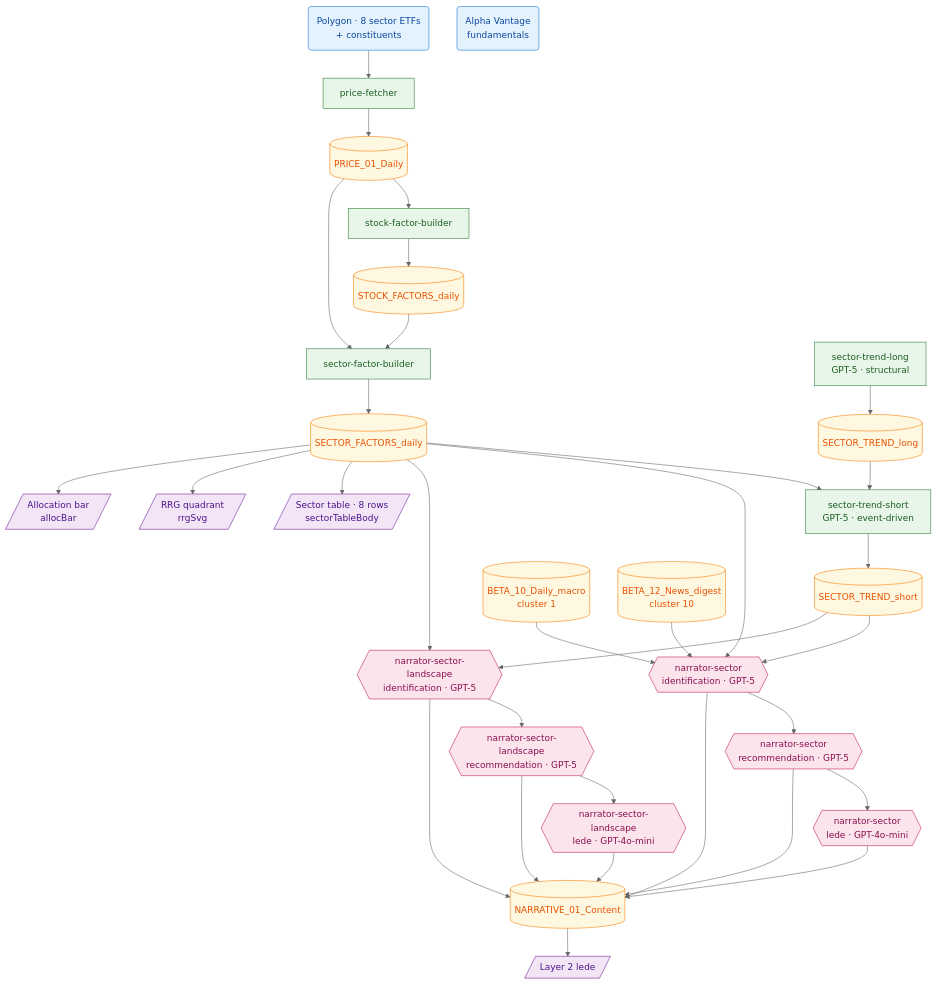
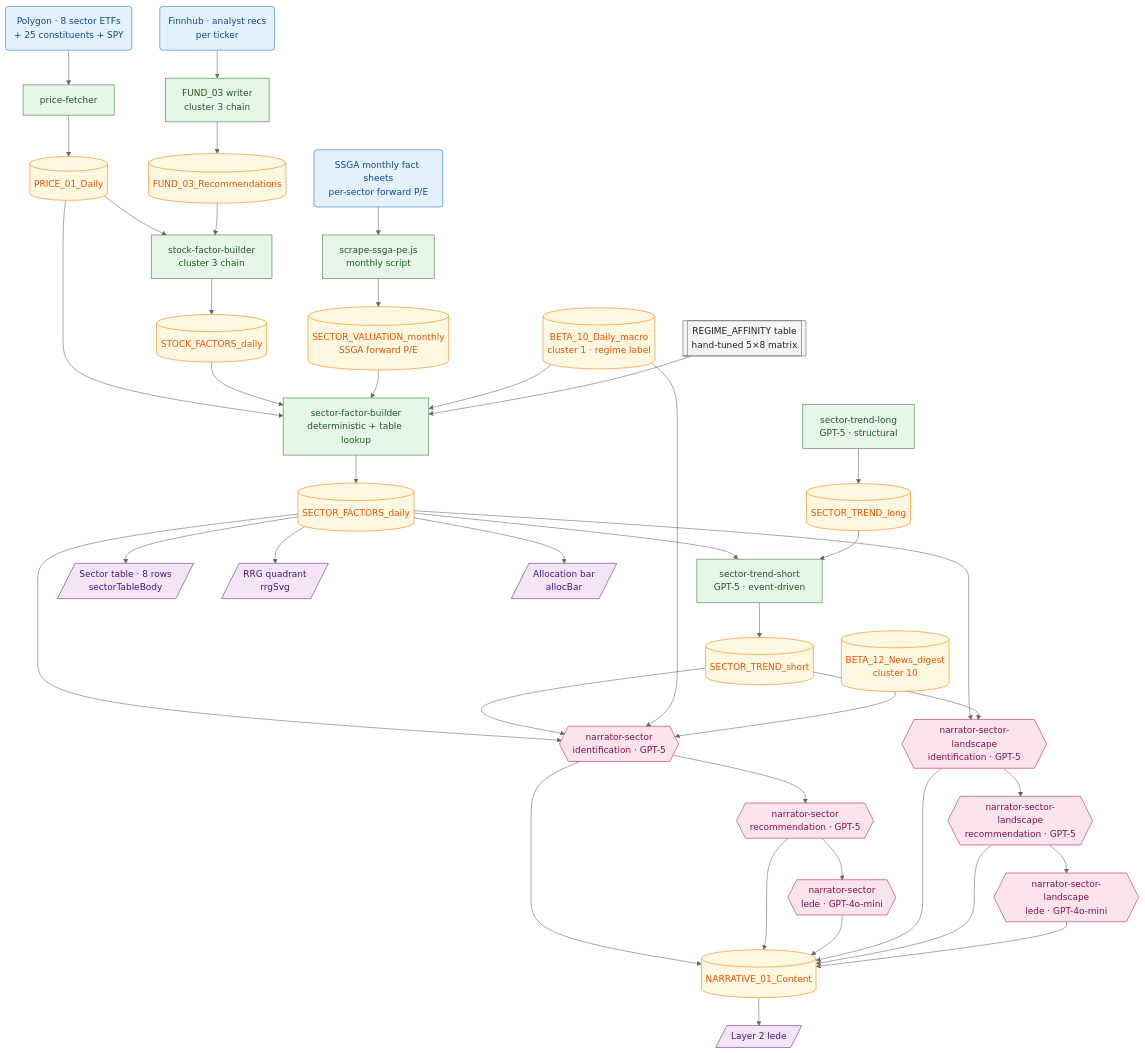
One commit to grodcas/Hedge-Portfolio changed the fifth of 14 diagrams in docs/SYSTEM_REFERENCE.md. Above: the diagram before and after it, drawn with Mermaid (neutral theme). The commit also changed other lines of this file and 2 other files, not shown here.

````diff
--- a/docs/SYSTEM_REFERENCE.md
+++ b/docs/SYSTEM_REFERENCE.md
@@ -348,22 +348,29 @@
 ```mermaid
 flowchart TD
-    R1(Polygon · 8 sector ETFs<br/>+ constituents):::src
-    R2(Alpha Vantage<br/>fundamentals):::src
+    R1(Polygon · 8 sector ETFs<br/>+ 25 constituents + SPY):::src
+    R2(Finnhub · analyst recs<br/>per ticker):::src
+    R3(SSGA monthly fact sheets<br/>per-sector forward P/E):::src
 
     C1[price-fetcher]:::code
-    C2[stock-factor-builder]:::code
-    C3[sector-factor-builder]:::code
-    C4[sector-trend-long<br/>GPT-5 · structural]:::code
-    C5[sector-trend-short<br/>GPT-5 · event-driven]:::code
+    C2[FUND_03 writer<br/>cluster 3 chain]:::code
+    C3[stock-factor-builder<br/>cluster 3 chain]:::code
+    C4[scrape-ssga-pe.js<br/>monthly script]:::code
+    C5[sector-factor-builder<br/>deterministic + table lookup]:::code
+    C6[sector-trend-long<br/>GPT-5 · structural]:::code
+    C7[sector-trend-short<br/>GPT-5 · event-driven]:::code
 
     T1[(PRICE_01_Daily)]:::db
-    T2[(STOCK_FACTORS_daily)]:::db
-    T3[(SECTOR_FACTORS_daily)]:::db
-    T4[(SECTOR_TREND_long)]:::db
-    T5[(SECTOR_TREND_short)]:::db
-    T6[(NARRATIVE_01_Content)]:::db
-    T7[(BETA_10_Daily_macro<br/>cluster 1)]:::db
-    T8[(BETA_12_News_digest<br/>cluster 10)]:::db
+    T2[(FUND_03_Recommendations)]:::db
+    T3[(STOCK_FACTORS_daily)]:::db
+    T4[(SECTOR_VALUATION_monthly<br/>SSGA forward P/E)]:::db
+    T5[(SECTOR_FACTORS_daily)]:::db
+    T6[(SECTOR_TREND_long)]:::db
+    T7[(SECTOR_TREND_short)]:::db
+    T8[(BETA_10_Daily_macro<br/>cluster 1 · regime label)]:::db
+    T9[(BETA_12_News_digest<br/>cluster 10)]:::db
+    T10[(NARRATIVE_01_Content)]:::db
+
+    K1[[REGIME_AFFINITY table<br/>hand-tuned 5×8 matrix]]:::agentDet
 
     A1{{narrator-sector<br/>identification · GPT-5}}:::agentLLM
     A2{{narrator-sector<br/>recommendation · GPT-5}}:::agentLLM
@@ -378,33 +385,42 @@
     D4[/Layer 2 lede/]:::ui
 
     R1 --> C1 --> T1
-    T1 --> C2 --> T2
-    T1 --> C3
+    R2 --> C2 --> T2
+    R3 --> C4 --> T4
+
+    T1 --> C3 --> T3
     T2 --> C3
-    C3 --> T3
+
+    T1 --> C5
     T3 --> C5
-    C4 --> T4
     T4 --> C5
+    T8 --> C5
+    K1 --> C5
     C5 --> T5
 
-    T3 --> A1 --> A2 --> A3
-    T5 --> A1
+    T5 --> C7
+    C6 --> T6
+    T6 --> C7
+    C7 --> T7
+
+    T5 --> A1 --> A2 --> A3
     T7 --> A1
     T8 --> A1
-    A1 --> T6
-    A2 --> T6
-    A3 --> T6
+    T9 --> A1
+    A1 --> T10
+    A2 --> T10
+    A3 --> T10
 
-    T3 --> A4 --> A5 --> A6
-    T5 --> A4
-    A4 --> T6
-    A5 --> T6
-    A6 --> T6
+    T5 --> A4 --> A5 --> A6
+    T7 --> A4
+    A4 --> T10
+    A5 --> T10
+    A6 --> T10
 
-    T3 --> D1
-    T3 --> D2
-    T3 --> D3
-    T6 --> D4
+    T5 --> D1
+    T5 --> D2
+    T5 --> D3
+    T10 --> D4
 
     classDef src fill:#e3f2fd,stroke:#1976d2,color:#0d47a1
     classDef code fill:#e8f5e9,stroke:#2e7d32,color:#1b5e20
````
